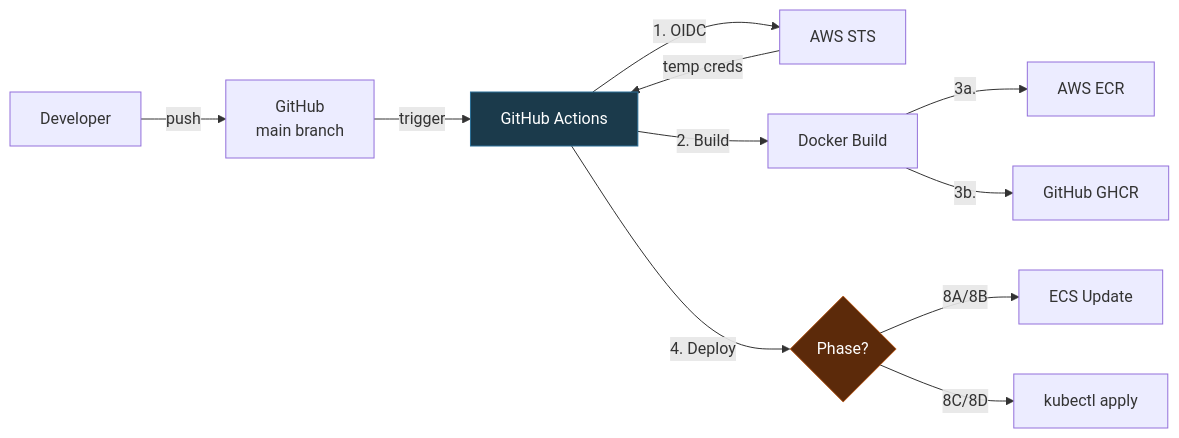
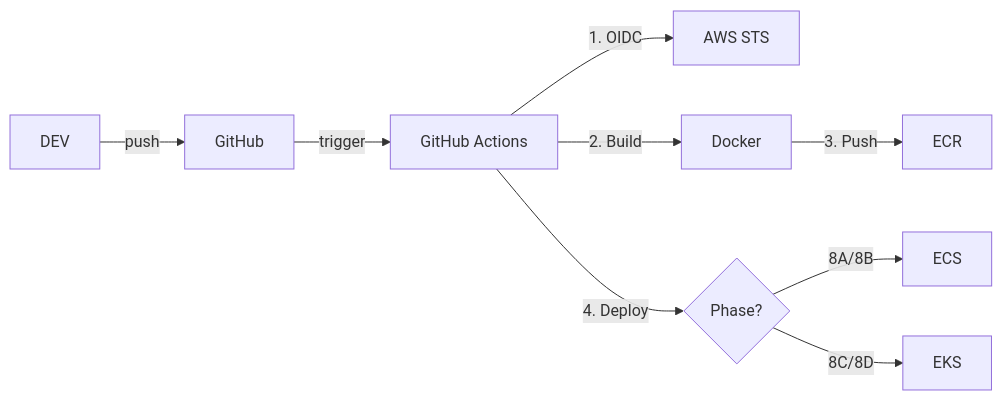
Before and after one commit to Mark-Zagob/observability-sample-v2: the sixth of 6 diagrams in terraform/ARCHITECTURE.md, drawn with Mermaid. The commit also changed other lines of this file and 3 other files, not shown here.

````diff
--- a/terraform/ARCHITECTURE.md
+++ b/terraform/ARCHITECTURE.md
@@ -300,17 +252,11 @@
 ```mermaid
 graph LR
-    DEV["Developer"] -->|push| GH["GitHub<br/>main branch"]
+    DEV -->|push| GH["GitHub"]
     GH -->|trigger| WF["GitHub Actions"]
-
-    WF -->|"1. OIDC"| STS["AWS STS"] -->|"temp creds"| WF
-    WF -->|"2. Build"| IMG["Docker Build"]
-    IMG -->|"3a."| ECR["AWS ECR"]
-    IMG -->|"3b."| GHCR["GitHub GHCR"]
-
-    WF -->|"4. Deploy"| DEPLOY{"Phase?"}
-    DEPLOY -->|8A/8B| ECS["ECS Update"]
-    DEPLOY -->|8C/8D| EKS["kubectl apply"]
-
-    style WF fill:#1b3a4b,stroke:#2a6f97,color:#fff
-    style DEPLOY fill:#5c2a0a,stroke:#b85c1e,color:#fff
+    WF -->|1. OIDC| STS["AWS STS"]
+    WF -->|2. Build| IMG["Docker"]
+    IMG -->|3. Push| ECR["ECR"]
+    WF -->|4. Deploy| DEPLOY{Phase?}
+    DEPLOY -->|8A/8B| ECS["ECS"]
+    DEPLOY -->|8C/8D| EKS["EKS"]
 ```
````
